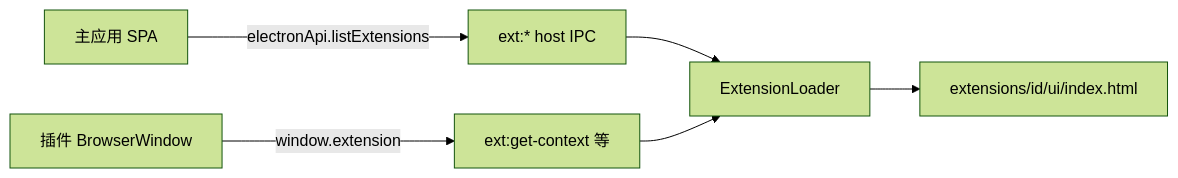
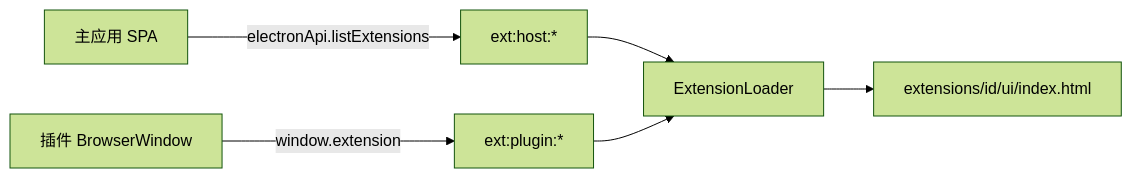
One commit to rzx007/digital-employe-client-web-m changed the sixth of 6 diagrams in apps/web/electron/README.md. Above: the diagram before and after it, drawn with Mermaid (forest theme). The commit also changed other lines of this file and 19 other files, not shown here.

````diff
--- a/apps/web/electron/README.md
+++ b/apps/web/electron/README.md
@@ -246,8 +248,8 @@
 ```mermaid
 flowchart LR
-  HostSPA["主应用 SPA"] -->|"electronApi.listExtensions"| MainIPC["ext:* host IPC"]
-  PluginWin["插件 BrowserWindow"] -->|"window.extension"| ExtIPC["ext:get-context 等"]
+  HostSPA["主应用 SPA"] -->|"electronApi.listExtensions"| MainIPC["ext:host:*"]
+  PluginWin["插件 BrowserWindow"] -->|"window.extension"| ExtIPC["ext:plugin:*"]
   MainIPC --> Loader["ExtensionLoader"]
   ExtIPC --> Loader
   Loader --> Disk["extensions/id/ui/index.html"]
 ```
````
